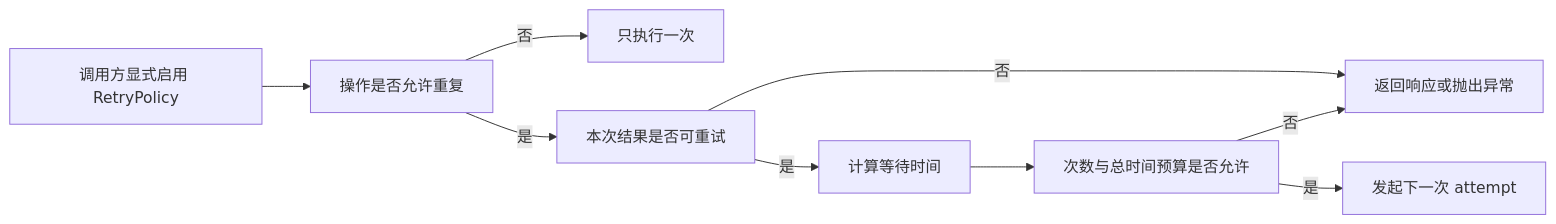
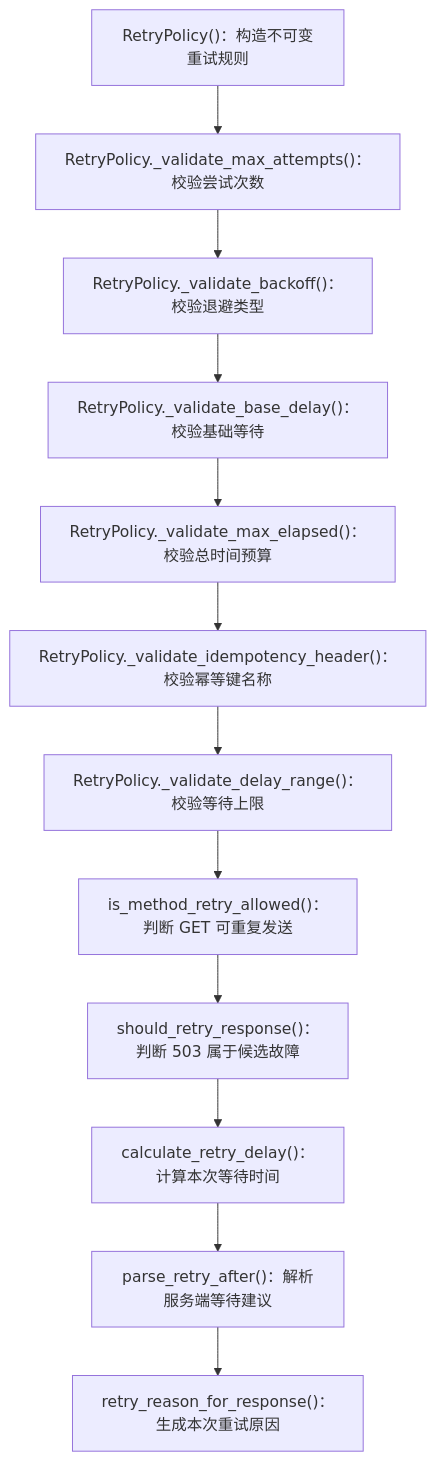
Before and after one commit to wjy801/llm_api_case: the first of 7 diagrams in course/DAY05_RETRY_POLICY_SIDE_EFFECT.md, drawn with Mermaid. The commit also changed other lines of this file and 8 other files, not shown here.

````diff
--- a/course/DAY05_RETRY_POLICY_SIDE_EFFECT.md
+++ b/course/DAY05_RETRY_POLICY_SIDE_EFFECT.md
@@ -9,11 +13,14 @@
 ```mermaid
-flowchart LR
-    A["调用方显式启用 RetryPolicy"] --> B["操作是否允许重复"]
-    B -->|"否"| C["只执行一次"]
-    B -->|"是"| D["本次结果是否可重试"]
-    D -->|"否"| E["返回响应或抛出异常"]
-    D -->|"是"| F["计算等待时间"]
-    F --> G["次数与总时间预算是否允许"]
-    G -->|"否"| E
-    G -->|"是"| H["发起下一次 attempt"]
+flowchart TD
+    A["RetryPolicy()：构造不可变重试规则"] --> B["RetryPolicy._validate_max_attempts()：校验尝试次数"]
+    B --> C["RetryPolicy._validate_backoff()：校验退避类型"]
+    C --> D["RetryPolicy._validate_base_delay()：校验基础等待"]
+    D --> E["RetryPolicy._validate_max_elapsed()：校验总时间预算"]
+    E --> F["RetryPolicy._validate_idempotency_header()：校验幂等键名称"]
+    F --> G["RetryPolicy._validate_delay_range()：校验等待上限"]
+    G --> H["is_method_retry_allowed()：判断 GET 可重复发送"]
+    H --> I["should_retry_response()：判断 503 属于候选故障"]
+    I --> J["calculate_retry_delay()：计算本次等待时间"]
+    J --> K["parse_retry_after()：解析服务端等待建议"]
+    K --> L["retry_reason_for_response()：生成本次重试原因"]
 ```
````
